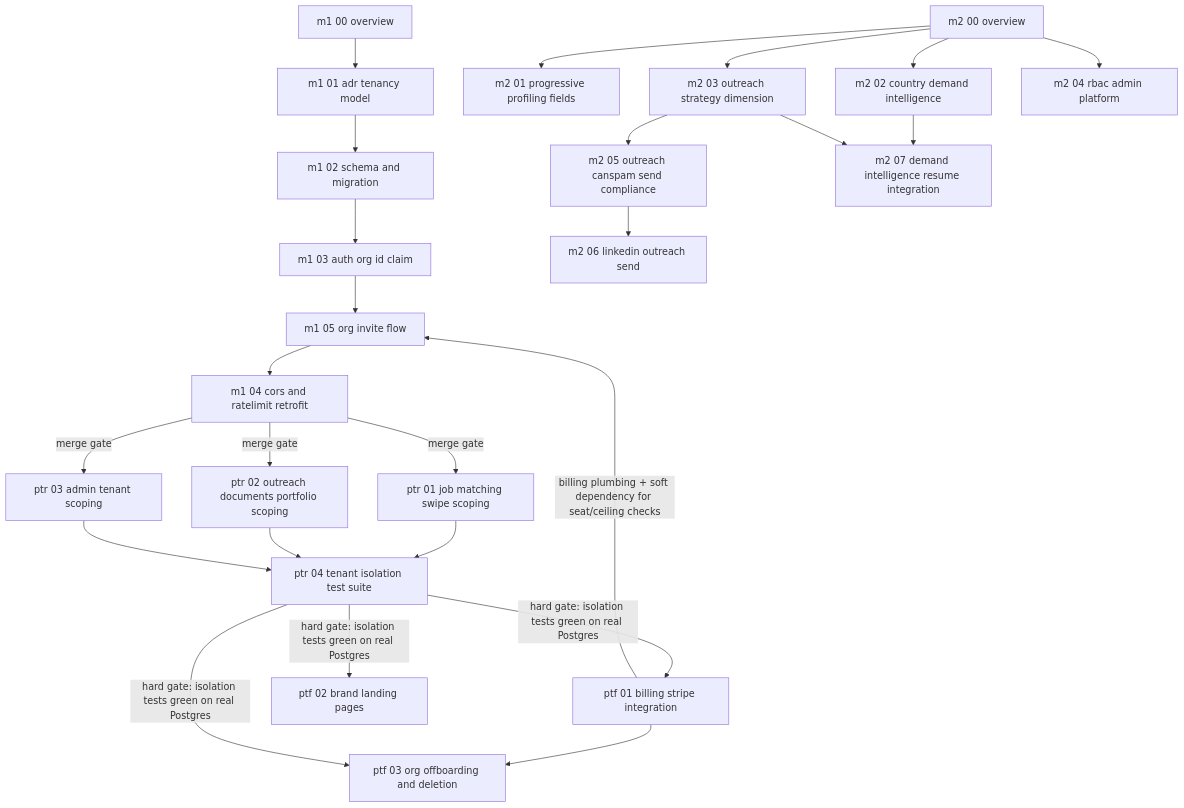
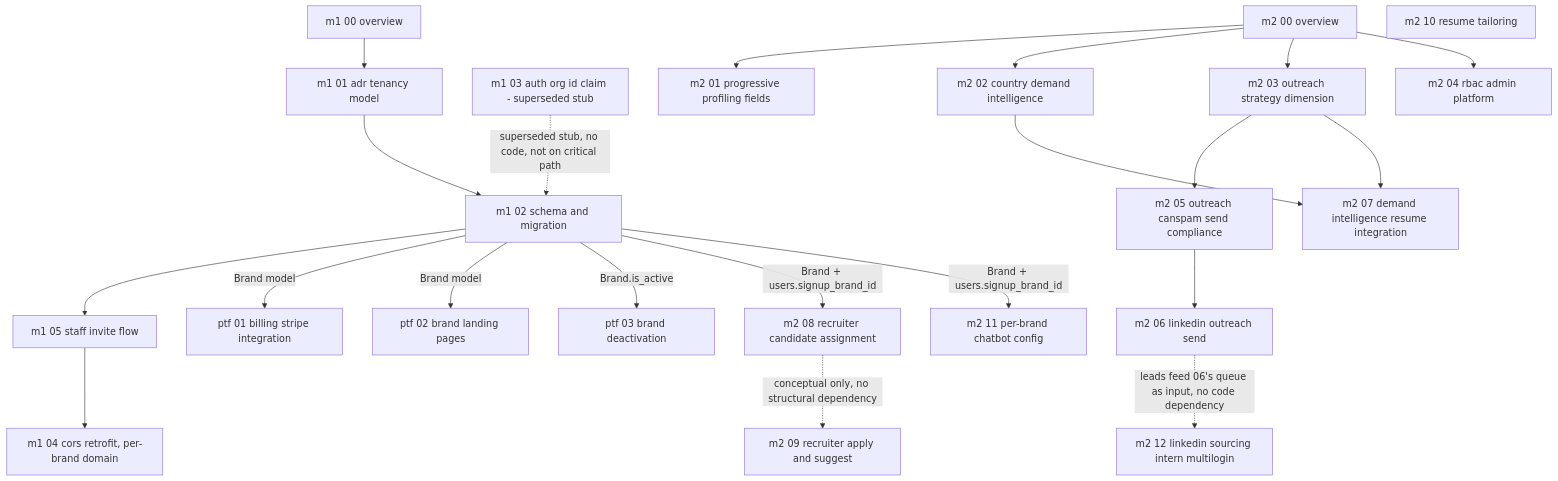
The diagram in task-orchestration/README.md (1Touch-dev/HyerPathEnrichment), drawn with Mermaid before and after one commit. The commit also changed other lines of this file and 23 other files, not shown here.

````diff
--- a/task-orchestration/README.md
+++ b/task-orchestration/README.md
@@ -40,49 +50,47 @@
 ```mermaid
 graph TD
   M1_00[m1 00 overview]
   M1_01[m1 01 adr tenancy model]
   M1_02[m1 02 schema and migration]
-  M1_03[m1 03 auth org id claim]
-  M1_05[m1 05 org invite flow]
-  M1_04[m1 04 cors and ratelimit retrofit]
+  M1_03[m1 03 auth org id claim - superseded stub]
+  M1_05[m1 05 staff invite flow]
+  M1_04[m1 04 cors retrofit, per-brand domain]
 
   M2_00[m2 00 overview]
   M2_01[m2 01 progressive profiling fields]
   M2_02[m2 02 country demand intelligence]
   M2_03[m2 03 outreach strategy dimension]
   M2_04[m2 04 rbac admin platform]
   M2_05[m2 05 outreach canspam send compliance]
   M2_06[m2 06 linkedin outreach send]
   M2_07[m2 07 demand intelligence resume integration]
-
-  PTR_01[ptr 01 job matching swipe scoping]
-  PTR_02[ptr 02 outreach documents portfolio scoping]
-  PTR_03[ptr 03 admin tenant scoping]
-  PTR_04[ptr 04 tenant isolation test suite]
+  M2_08[m2 08 recruiter candidate assignment]
+  M2_09[m2 09 recruiter apply and suggest]
+  M2_10[m2 10 resume tailoring]
+  M2_11[m2 11 per-brand chatbot config]
+  M2_12[m2 12 linkedin sourcing intern multilogin]
 
   PTF_01[ptf 01 billing stripe integration]
   PTF_02[ptf 02 brand landing pages]
-  PTF_03[ptf 03 org offboarding and deletion]
+  PTF_03[ptf 03 brand deactivation]
 
-  M1_00 --> M1_01 --> M1_02 --> M1_03 --> M1_05 --> M1_04
-  M1_04 -->|merge gate| PTR_01
-  M1_04 -->|merge gate| PTR_02
-  M1_04 -->|merge gate| PTR_03
-  PTR_01 --> PTR_04
-  PTR_02 --> PTR_04
-  PTR_03 --> PTR_04
-  PTR_04 -->|hard gate: isolation tests green on real Postgres| PTF_01
-  PTR_04 -->|hard gate: isolation tests green on real Postgres| PTF_02
-  PTF_01 -->|billing plumbing + soft dependency for seat/ceiling checks| M1_05
-  PTF_01 --> PTF_03
-  PTR_04 -->|hard gate: isolation tests green on real Postgres| PTF_03
+  M1_00 --> M1_01 --> M1_02 --> M1_05 --> M1_04
+  M1_03 -.->|superseded stub, no code, not on critical path| M1_02
+
+  M1_02 -->|Brand model| PTF_01
+  M1_02 -->|Brand model| PTF_02
+  M1_02 -->|Brand.is_active| PTF_03
+  M1_02 -->|Brand + users.signup_brand_id| M2_08
+  M1_02 -->|Brand + users.signup_brand_id| M2_11
 
   M2_00 --> M2_01
   M2_00 --> M2_02
   M2_00 --> M2_03
   M2_00 --> M2_04
   M2_03 --> M2_05
   M2_05 --> M2_06
   M2_02 --> M2_07
   M2_03 --> M2_07
+  M2_08 -.->|conceptual only, no structural dependency| M2_09
+  M2_06 -.->|leads feed 06's queue as input, no code dependency| M2_12
 ```
````
